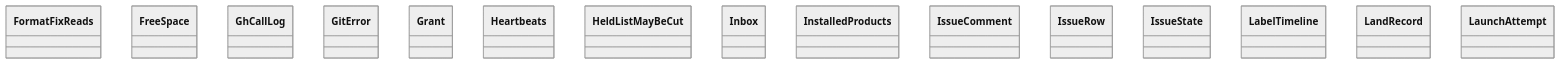
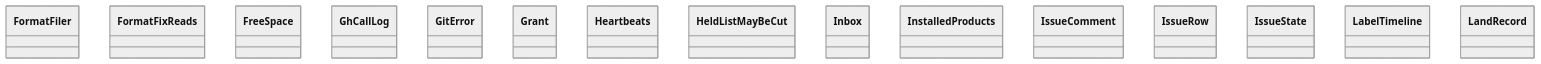
Before and after one commit to GonzaloZevallos/agentic-system: the diagram in docs/architecture/generated/classes-process-application-support-3.md, drawn with Mermaid (neutral theme). The commit also changed other lines of this file and 9 other files, not shown here.

Commit message:
Regenerate the architecture docs for CheckAbandoned and the abandoned keyword

````diff
--- a/docs/architecture/generated/classes-process-application-support-3.md
+++ b/docs/architecture/generated/classes-process-application-support-3.md
@@ -20,18 +20,18 @@
 ```mermaid
 classDiagram
+    class ports__FormatFiler["FormatFiler"]
     class ports__FormatFixReads["FormatFixReads"]
     class ports__FreeSpace["FreeSpace"]
     class ports__GhCallLog["GhCallLog"]
     class ports__GitError["GitError"]
     class ports__Grant["Grant"]
     class ports__Heartbeats["Heartbeats"]
     class ports__HeldListMayBeCut["HeldListMayBeCut"]
     class ports__Inbox["Inbox"]
     class ports__InstalledProducts["InstalledProducts"]
     class ports__IssueComment["IssueComment"]
     class ports__IssueRow["IssueRow"]
     class ports__IssueState["IssueState"]
     class ports__LabelTimeline["LabelTimeline"]
     class ports__LandRecord["LandRecord"]
-    class ports__LaunchAttempt["LaunchAttempt"]
 ```
````
